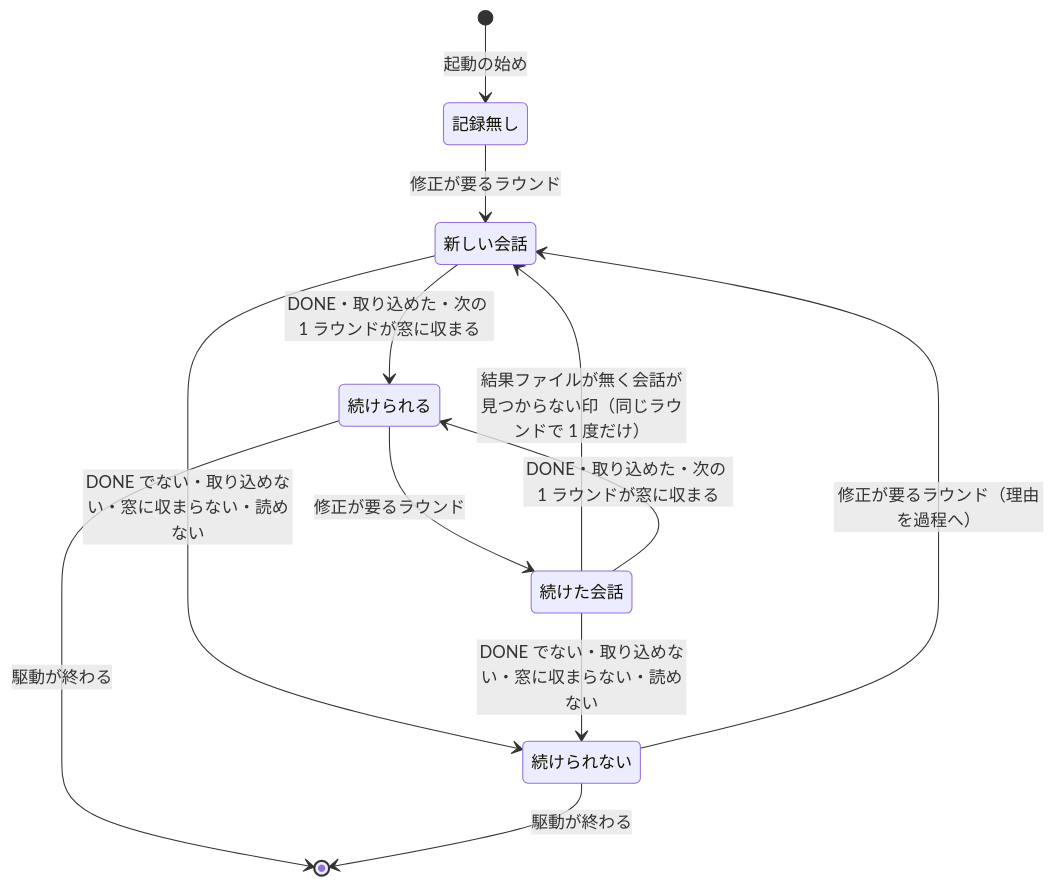
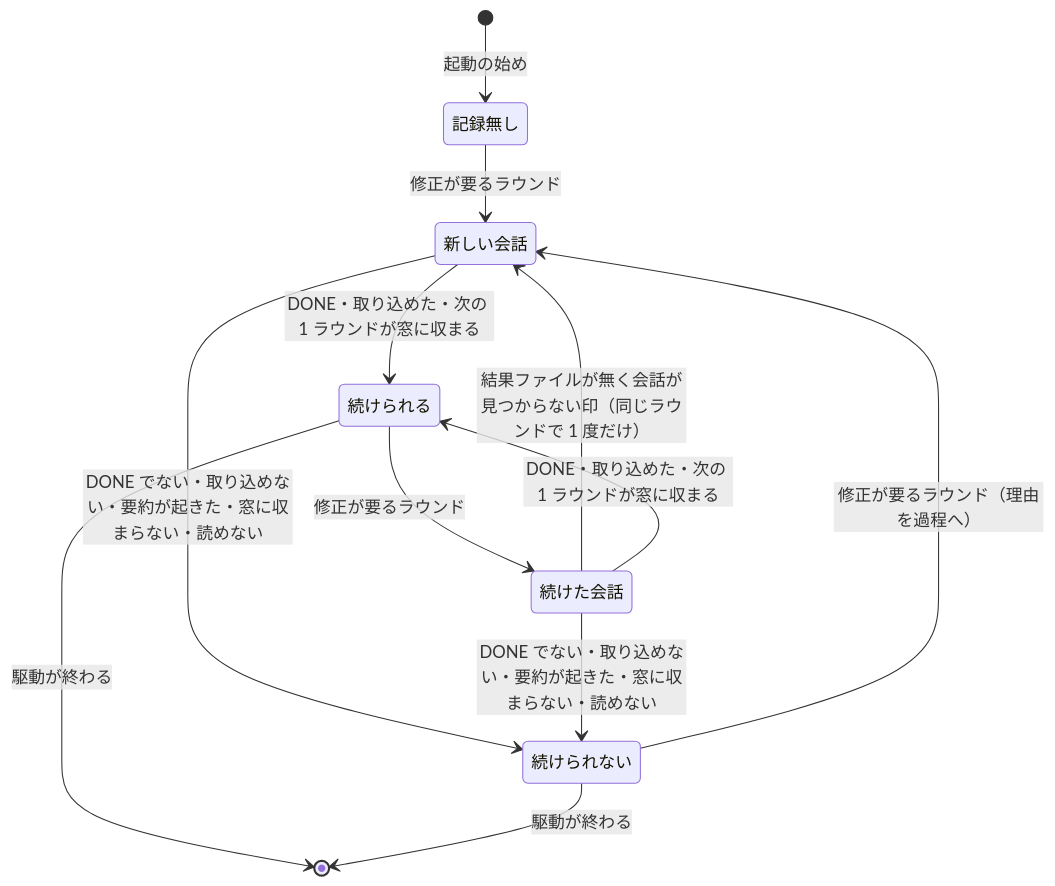
Before and after one commit to devbasex/ai-plugins: the fourth of 4 diagrams in issues/issue-4013-design.md, drawn with Mermaid. The commit also changed other lines of this file and 1 other file, not shown here.

````diff
--- a/issues/issue-4013-design.md
+++ b/issues/issue-4013-design.md
@@ -141,14 +147,14 @@
 ```mermaid
 stateDiagram-v2
   [*] --> 記録無し: 起動の始め
   記録無し --> 新しい会話: 修正が要るラウンド
   続けられる --> 続けた会話: 修正が要るラウンド
   続けられない --> 新しい会話: 修正が要るラウンド（理由を過程へ）
   続けた会話 --> 新しい会話: 結果ファイルが無く会話が見つからない印（同じラウンドで 1 度だけ）
   新しい会話 --> 続けられる: DONE・取り込めた・次の 1 ラウンドが窓に収まる
   続けた会話 --> 続けられる: DONE・取り込めた・次の 1 ラウンドが窓に収まる
-  新しい会話 --> 続けられない: DONE でない・取り込めない・窓に収まらない・読めない
-  続けた会話 --> 続けられない: DONE でない・取り込めない・窓に収まらない・読めない
+  新しい会話 --> 続けられない: DONE でない・取り込めない・要約が起きた・窓に収まらない・読めない
+  続けた会話 --> 続けられない: DONE でない・取り込めない・要約が起きた・窓に収まらない・読めない
   続けられる --> [*]: 駆動が終わる
   続けられない --> [*]: 駆動が終わる
 ```
````
